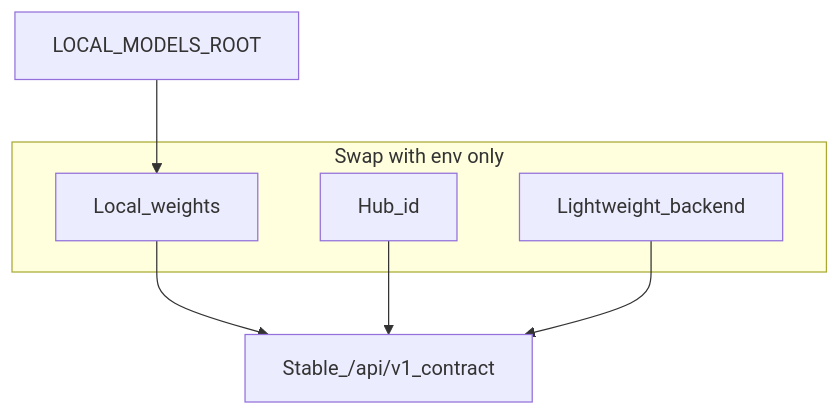
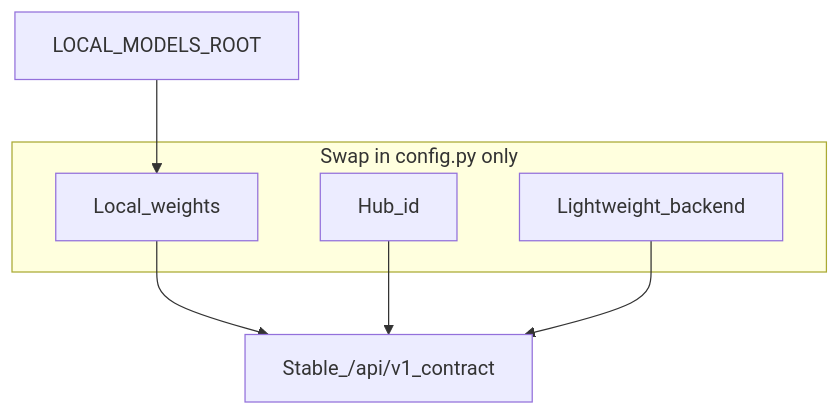
Before and after one commit to felixzhu97/explore-ml: the fifth of 23 diagrams in docs/Guideline.md, drawn with Mermaid. The commit also changed other lines of this file and 22 other files, not shown here.

````diff
--- a/docs/Guideline.md
+++ b/docs/Guideline.md
@@ -116,14 +117,14 @@
 ```mermaid
 flowchart TB
   Root[LOCAL_MODELS_ROOT]
   API[Stable_/api/v1_contract]
-  subgraph backends [Swap with env only]
+  subgraph backends [Swap in config.py only]
     Local[Local_weights]
     Hub[Hub_id]
     Light[Lightweight_backend]
   end
   Root --> Local
   Local --> API
   Hub --> API
   Light --> API
 ```
````
